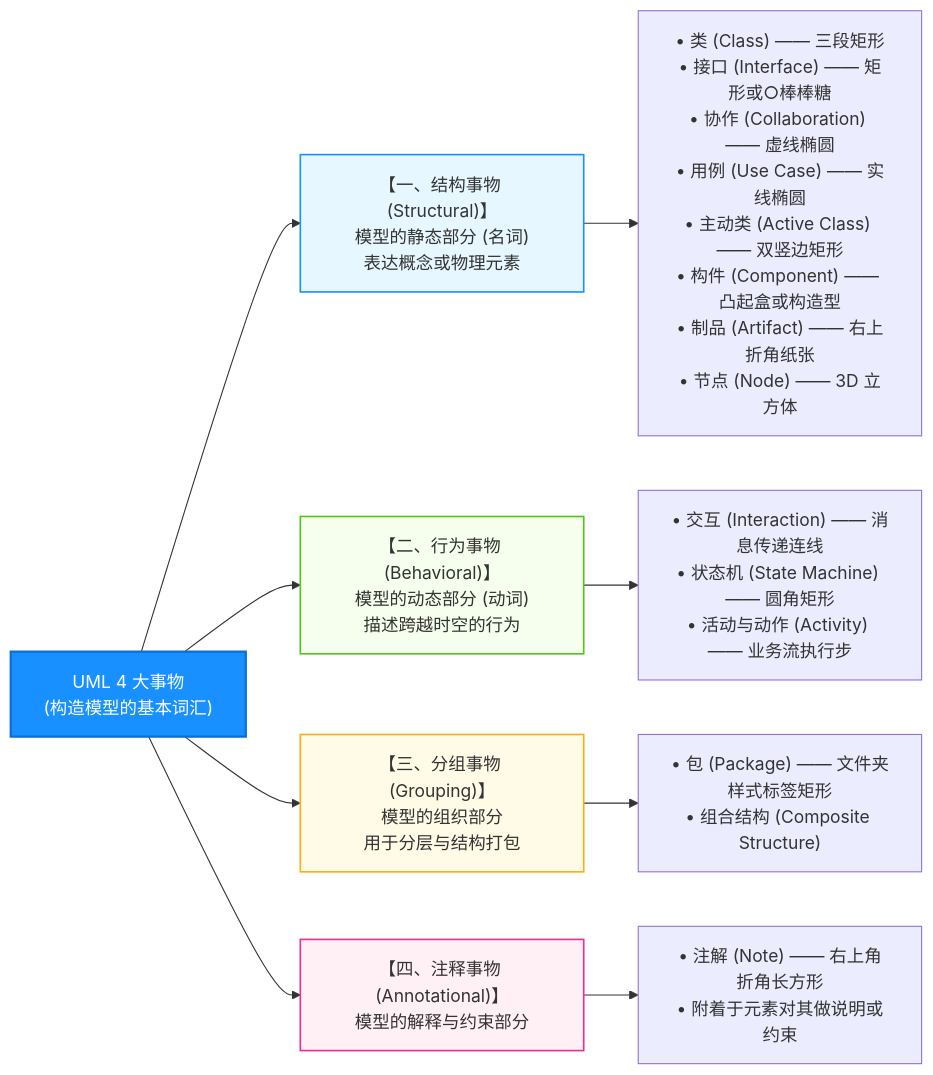
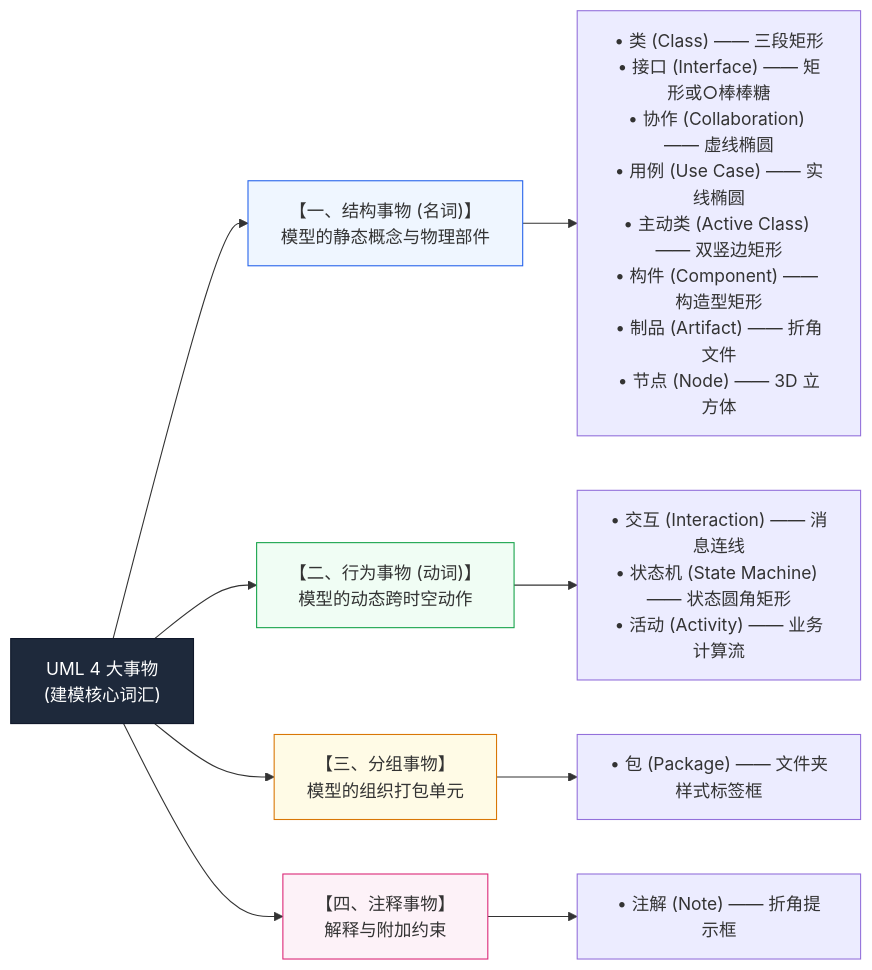
Before and after one commit to cpsa3/software-designer-fast-pass: the first of 11 diagrams in 02-visual-diagrams/02-UML核心建模图谱与设计视图全景图解.md, drawn with Mermaid. The commit also changed other lines of this file, not shown here.

Commit message:
refactor(uml): 彻底重构UML图解文档为纯视觉流，100%统一Mermaid原生矢量图，消除ASCII与语法报错

````diff
--- a/02-visual-diagrams/02-UML核心建模图谱与设计视图全景图解.md
+++ b/02-visual-diagrams/02-UML核心建模图谱与设计视图全景图解.md
@@ -27,22 +28,22 @@
 ```mermaid
 flowchart LR
-    Root["UML 4 大事物<br>(构造模型的基本词汇)"]
+    Root["UML 4 大事物<br>(建模核心词汇)"]
 
-    Root --> T1["【一、结构事物 (Structural)】<br>模型的静态部分 (名词)<br>表达概念或物理元素"]
-    T1 --> T1_1["• 类 (Class) —— 三段矩形<br>• 接口 (Interface) —— 矩形或○棒棒糖<br>• 协作 (Collaboration) —— 虚线椭圆<br>• 用例 (Use Case) —— 实线椭圆<br>• 主动类 (Active Class) —— 双竖边矩形<br>• 构件 (Component) —— 凸起盒或构造型<br>• 制品 (Artifact) —— 右上折角纸张<br>• 节点 (Node) —— 3D 立方体"]
+    Root --> T1["【一、结构事物 (名词)】<br>模型的静态概念与物理部件"]
+    T1 --> T1_1["• 类 (Class) —— 三段矩形<br>• 接口 (Interface) —— 矩形或○棒棒糖<br>• 协作 (Collaboration) —— 虚线椭圆<br>• 用例 (Use Case) —— 实线椭圆<br>• 主动类 (Active Class) —— 双竖边矩形<br>• 构件 (Component) —— 构造型矩形<br>• 制品 (Artifact) —— 折角文件<br>• 节点 (Node) —— 3D 立方体"]
 
-    Root --> T2["【二、行为事物 (Behavioral)】<br>模型的动态部分 (动词)<br>描述跨越时空的行为"]
-    T2 --> T2_1["• 交互 (Interaction) —— 消息传递连线<br>• 状态机 (State Machine) —— 圆角矩形<br>• 活动与动作 (Activity) —— 业务流执行步"]
+    Root --> T2["【二、行为事物 (动词)】<br>模型的动态跨时空动作"]
+    T2 --> T2_1["• 交互 (Interaction) —— 消息连线<br>• 状态机 (State Machine) —— 状态圆角矩形<br>• 活动 (Activity) —— 业务计算流"]
 
-    Root --> T3["【三、分组事物 (Grouping)】<br>模型的组织部分<br>用于分层与结构打包"]
-    T3 --> T3_1["• 包 (Package) —— 文件夹样式标签矩形<br>• 组合结构 (Composite Structure)"]
+    Root --> T3["【三、分组事物】<br>模型的组织打包单元"]
+    T3 --> T3_1["• 包 (Package) —— 文件夹样式标签框"]
 
-    Root --> T4["【四、注释事物 (Annotational)】<br>模型的解释与约束部分"]
-    T4 --> T4_1["• 注解 (Note) —— 右上角折角长方形<br>• 附着于元素对其做说明或约束"]
+    Root --> T4["【四、注释事物】<br>解释与附加约束"]
+    T4 --> T4_1["• 注解 (Note) —— 折角提示框"]
 
-    style Root fill:#1890ff,stroke:#096dd9,stroke-width:2px,color:#fff
-    style T1 fill:#e6f7ff,stroke:#1890ff,stroke-width:1.5px
-    style T2 fill:#f6ffed,stroke:#52c41a,stroke-width:1.5px
-    style T3 fill:#fffbe6,stroke:#faad14,stroke-width:1.5px
-    style T4 fill:#fff0f6,stroke:#eb2f96,stroke-width:1.5px
+    style Root fill:#1e293b,stroke:#0f172a,color:#fff
+    style T1 fill:#eff6ff,stroke:#2563eb
+    style T2 fill:#f0fdf4,stroke:#16a34a
+    style T3 fill:#fffbe6,stroke:#d97706
+    style T4 fill:#fdf2f8,stroke:#db2777
 ```
````
